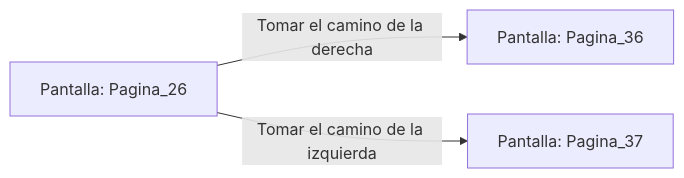
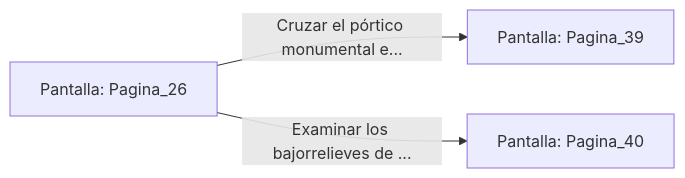
The diagram in sample/eligejuego-vault/Pantalla_Pagina_26.md (metsuke/mpl), drawn with Mermaid before and after one commit. The commit also changed other lines of this file and 635 other files, not shown here.

First line of the commit message:
fix: añadir Pagina_1 como pantalla inicial en capitulo_01.mpl

````diff
--- a/sample/eligejuego-vault/Pantalla_Pagina_26.md
+++ b/sample/eligejuego-vault/Pantalla_Pagina_26.md
@@ -17,6 +22,6 @@
 ```mermaid
 graph LR
     P_Pagina_26["Pantalla: Pagina_26"]
-    P_Pagina_26 -->|"Tomar el camino de la derecha"| P_Pagina_36["Pantalla: Pagina_36"]
-    P_Pagina_26 -->|"Tomar el camino de la izquierda"| P_Pagina_37["Pantalla: Pagina_37"]
+    P_Pagina_26 -->|"Cruzar el pórtico monumental e..."| P_Pagina_39["Pantalla: Pagina_39"]
+    P_Pagina_26 -->|"Examinar los bajorrelieves de ..."| P_Pagina_40["Pantalla: Pagina_40"]
 ```
````
